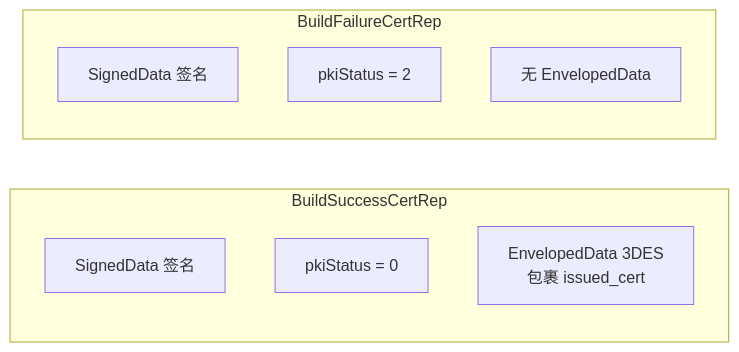
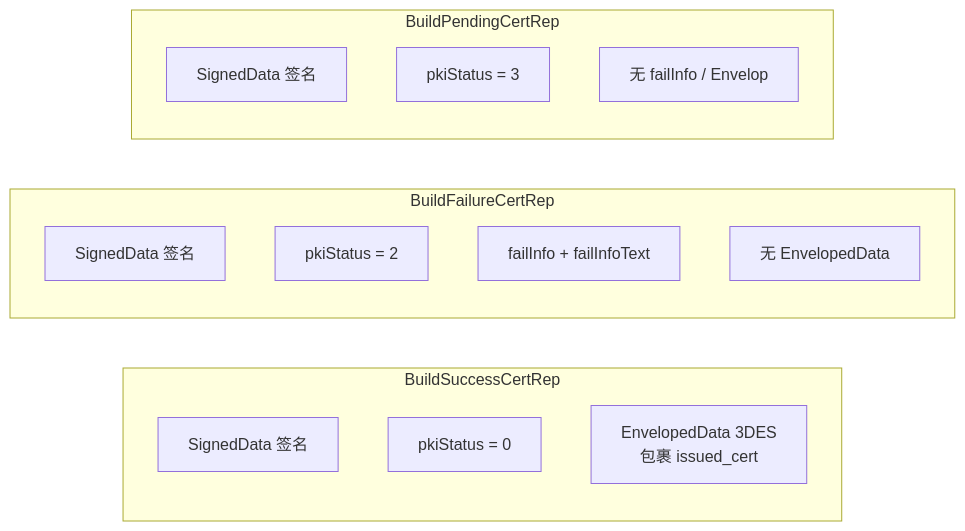
The sixth of 7 diagrams in docs/API.md (LeefMagnet/CryptoOffloadService), drawn with Mermaid before and after one commit. The commit also changed other lines of this file and 17 other files, not shown here.

First line of the commit message:
Add SCEP PENDING CertRep (pkiStatus=3) offload support.

````diff
--- a/docs/API.md
+++ b/docs/API.md
@@ -189,13 +194,19 @@
 ```mermaid
 flowchart LR
   subgraph Success["BuildSuccessCertRep"]
     S1[SignedData 签名]
     S2[pkiStatus = 0]
     S3[EnvelopedData 3DES<br/>包裹 issued_cert]
   end
   subgraph Failure["BuildFailureCertRep"]
     F1[SignedData 签名]
     F2[pkiStatus = 2]
-    F3[无 EnvelopedData]
+    F3[failInfo + failInfoText]
+    F4[无 EnvelopedData]
+  end
+  subgraph Pending["BuildPendingCertRep"]
+    P1[SignedData 签名]
+    P2[pkiStatus = 3]
+    P3[无 failInfo / Envelop]
   end
 ```
````
